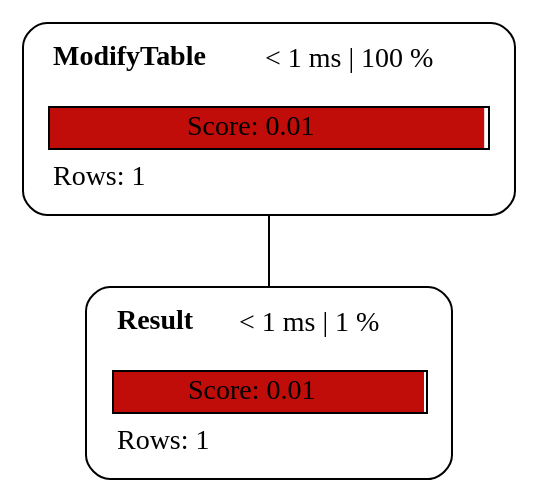
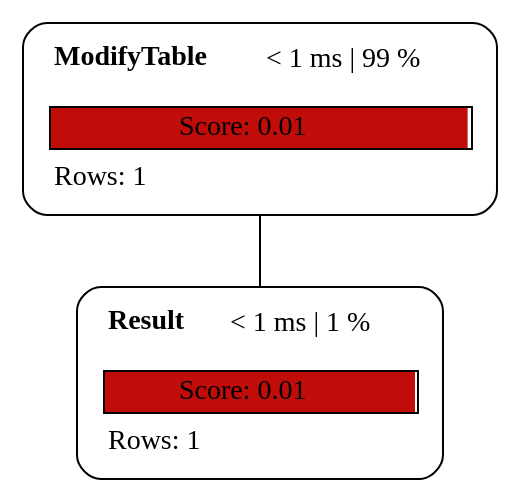
One commit to sanpii/explain changed the diagram in examples/plan_trigger.dot. Above: the diagram before and after it, drawn with Graphviz. The commit also changed 16 other files, not shown here.

```diff
--- a/examples/plan_trigger.dot
+++ b/examples/plan_trigger.dot
@@ -1,5 +1,5 @@
 graph explain {
-    node0[label=<<table border="0" cellborder="0" cellspacing="5"><tr><td align="left"><b>ModifyTable</b></td><td>&lt; 1 ms | 100 %</td></tr><tr><td colspan="2" align="left"></td></tr><tr><td colspan="2" border="1" bgcolor="#c10d0a;0.99:white">Score: 0.01</td></tr><tr><td colspan="2" align="left">Rows: 1</td></tr></table>>][style="rounded"][shape="box"];
+    node0[label=<<table border="0" cellborder="0" cellspacing="5"><tr><td align="left"><b>ModifyTable</b></td><td>&lt; 1 ms | 99 %</td></tr><tr><td colspan="2" align="left"></td></tr><tr><td colspan="2" border="1" bgcolor="#c10d0a;0.99:white">Score: 0.01</td></tr><tr><td colspan="2" align="left">Rows: 1</td></tr></table>>][style="rounded"][shape="box"];
     node1[label=<<table border="0" cellborder="0" cellspacing="5"><tr><td align="left"><b>Result</b></td><td>&lt; 1 ms | 1 %</td></tr><tr><td colspan="2" align="left"></td></tr><tr><td colspan="2" border="1" bgcolor="#c10d0a;0.99:white">Score: 0.01</td></tr><tr><td colspan="2" align="left">Rows: 1</td></tr></table>>][style="rounded"][shape="box"];
     node0 -- node1[label=""];
 }
```
